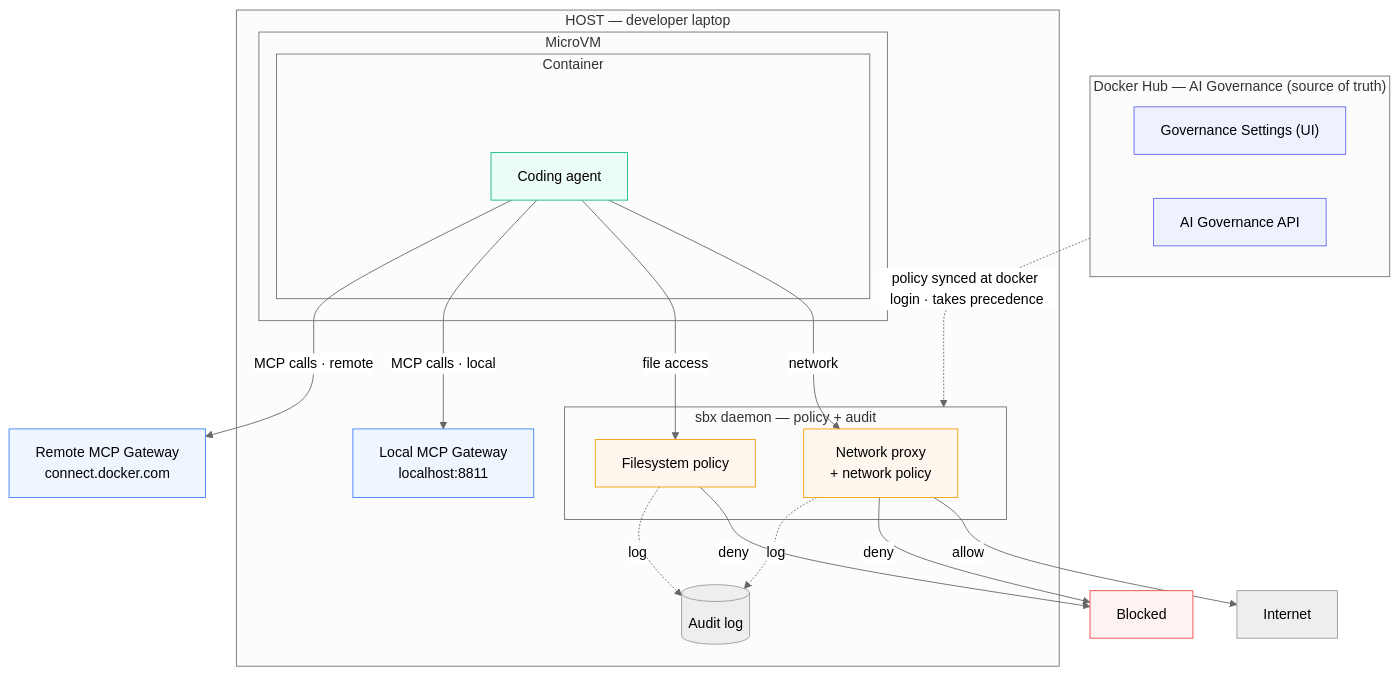
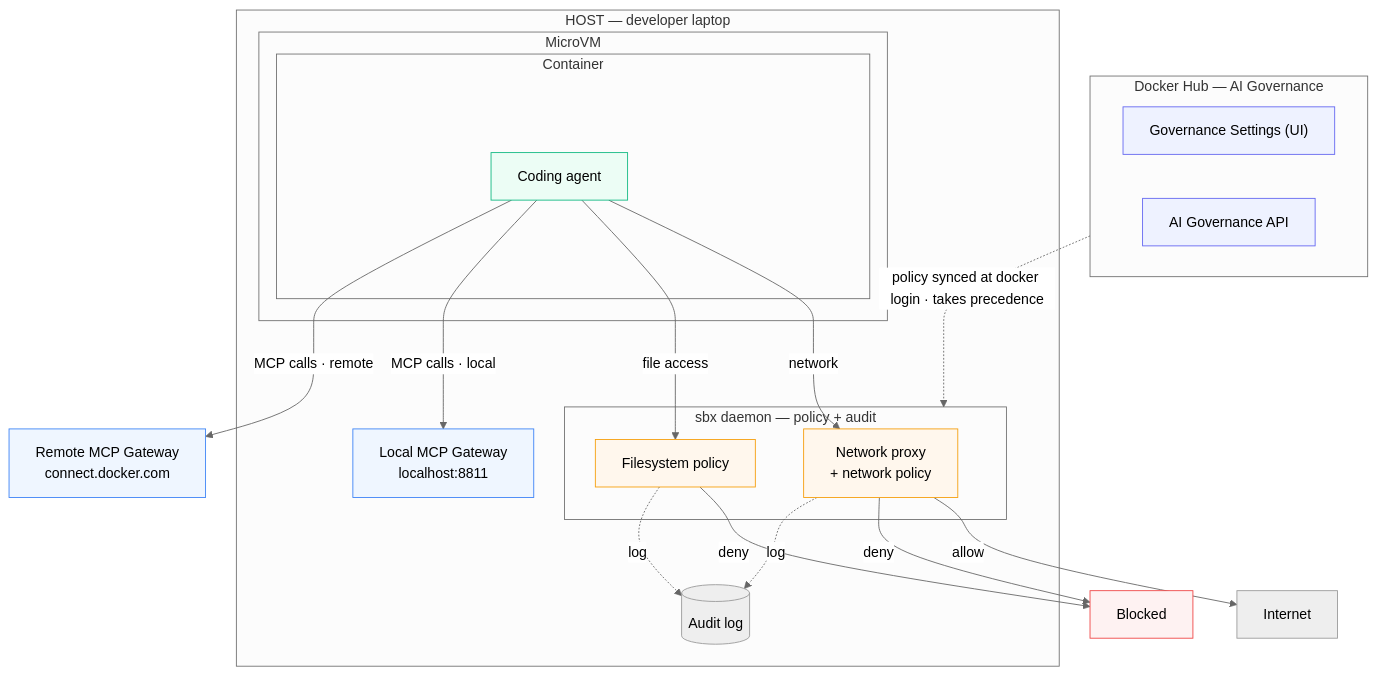
Before and after one commit to ajeetraina/labspace-ai-governance: the diagram in labspace/06-mcp-hands-on.md, drawn with Mermaid (neutral theme). The commit also changed 1 other file, not shown here.

Commit message:
Shorten Docker Hub subgraph title to fit its box
The "Docker Hub — AI Governance (source of truth)" title overflowed the
subgraph box in the labspace viewer and overlapped the first child node. Drop
"(source of truth)" (already stated in the caption); title now fits on one
line. Verified clean in a re-render.

````diff
--- a/labspace/06-mcp-hands-on.md
+++ b/labspace/06-mcp-hands-on.md
@@ -24,51 +24,51 @@
 ```mermaid
 flowchart TB
-    subgraph HUB["Docker Hub — AI Governance (source of truth)"]
+    subgraph HUB["Docker Hub — AI Governance"]
         SETTINGS["Governance Settings (UI)"]
         API["AI Governance API"]
     end
 
     subgraph HOST["HOST — developer laptop"]
         subgraph VM["MicroVM"]
             subgraph CON["Container"]
                 AGENT["Coding agent"]
             end
         end
 
         subgraph DAEMON["sbx daemon — policy + audit"]
             NET["Network proxy<br/>+ network policy"]
             FS["Filesystem policy"]
         end
 
         LOCALGW["Local MCP Gateway<br/>localhost:8811"]
         AUDIT[("Audit log")]
     end
 
     REMOTEGW["Remote MCP Gateway<br/>connect.docker.com"]
     INTERNET["Internet"]
     BLOCK["Blocked"]
 
     HUB -. "policy synced at docker login · takes precedence" .-> DAEMON
 
     AGENT -- "network" --> NET
     AGENT -- "file access" --> FS
     AGENT -- "MCP calls · local" --> LOCALGW
     AGENT -- "MCP calls · remote" --> REMOTEGW
 
     NET -- "allow" --> INTERNET
     NET -- "deny" --> BLOCK
     FS -- "deny" --> BLOCK
     NET -. log .-> AUDIT
     FS -. log .-> AUDIT
 
     classDef hub fill:#eef2ff,stroke:#6366f1,color:#000
     classDef vm fill:#ecfdf5,stroke:#10b981,color:#000
     classDef pol fill:#fff7ed,stroke:#f59e0b,color:#000
     classDef gw fill:#eff6ff,stroke:#3b82f6,color:#000
     classDef deny fill:#fef2f2,stroke:#ef4444,color:#000
     class SETTINGS,API hub
     class AGENT vm
     class NET,FS pol
     class LOCALGW,REMOTEGW gw
     class BLOCK deny
 ```
````
